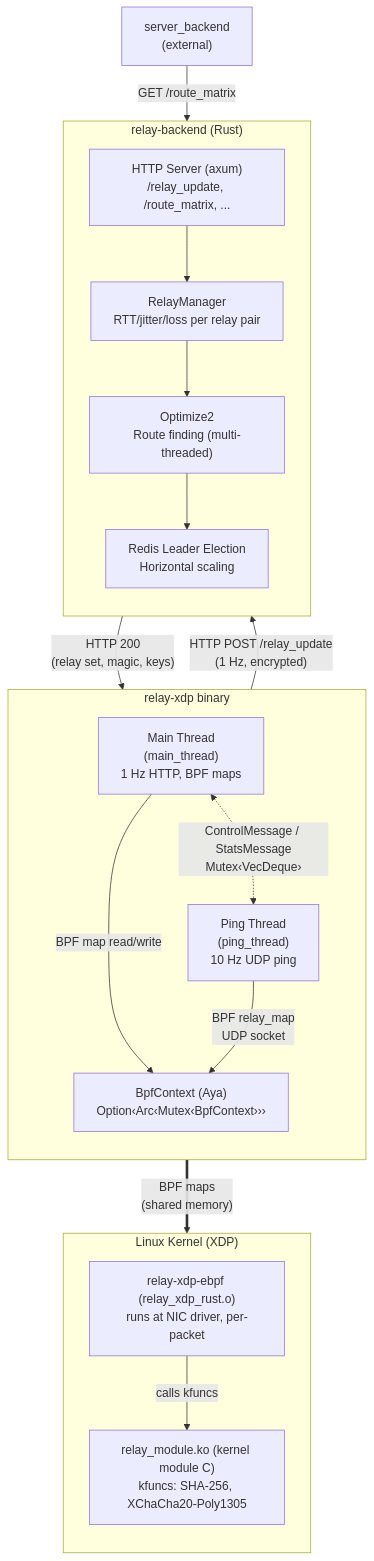
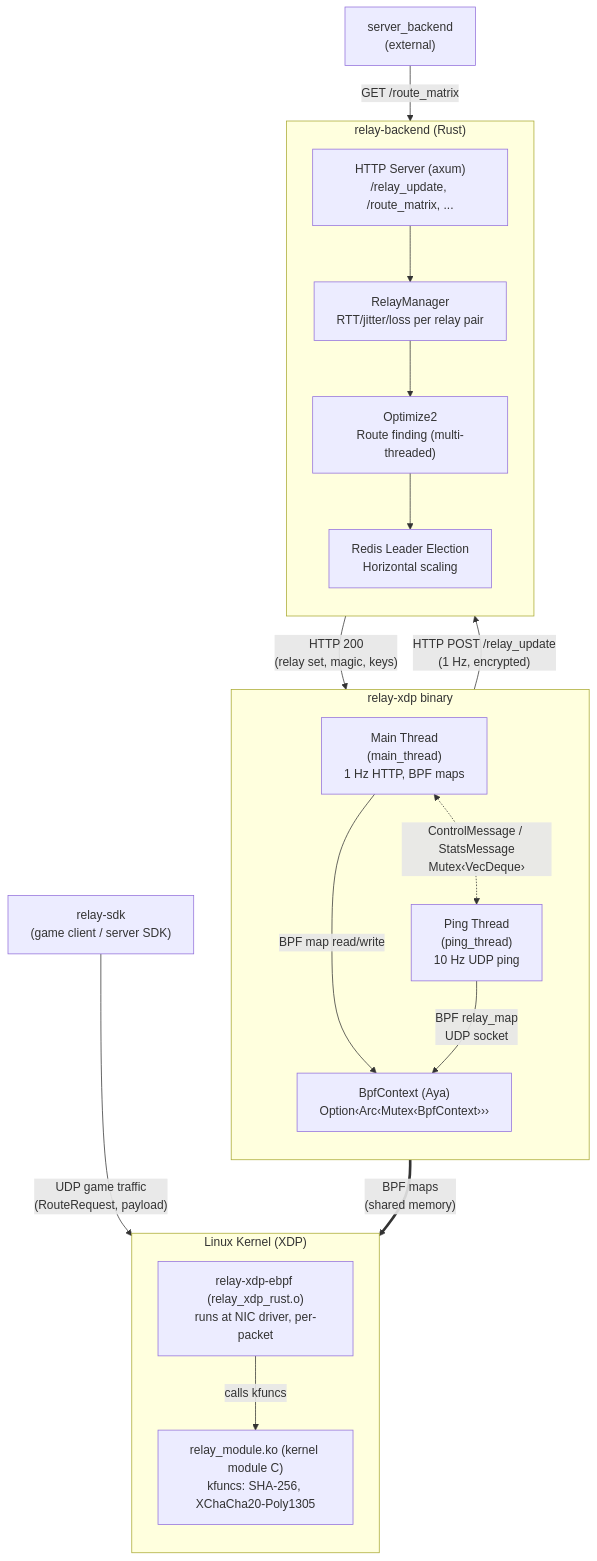
The first of 8 diagrams in docs/architecture.md (brianpht/relay-xdp), drawn with Mermaid before and after one commit. The commit also changed other lines of this file and 2 other files, not shown here.

Commit message:
Update architecture documentation to include relay-sdk details and test coverage

````diff
--- a/docs/architecture.md
+++ b/docs/architecture.md
@@ -134,33 +160,35 @@
 ```mermaid
 flowchart TB
     subgraph US["relay-xdp binary"]
         direction TB
         MT["Main Thread\n(main_thread)\n1 Hz HTTP, BPF maps"]
         PT["Ping Thread\n(ping_thread)\n10 Hz UDP ping"]
         MT <-.->|" ControlMessage / StatsMessage\nMutex‹VecDeque› "| PT
         BC["BpfContext (Aya)\nOption‹Arc‹Mutex‹BpfContext›››"]
         MT -->|" BPF map read/write "| BC
         PT -->|" BPF relay_map\nUDP socket "| BC
     end
     subgraph BE["relay-backend (Rust)"]
         direction TB
         BH["HTTP Server (axum)\n/relay_update, /route_matrix, ..."]
         RM["RelayManager\nRTT/jitter/loss per relay pair"]
         OPT["Optimize2\nRoute finding (multi-threaded)"]
         RD["Redis Leader Election\nHorizontal scaling"]
         BH --> RM
         RM --> OPT
         OPT --> RD
     end
     subgraph KN["Linux Kernel (XDP)"]
         direction TB
         EBPF["relay-xdp-ebpf (relay_xdp_rust.o)\nruns at NIC driver, per-packet"]
         MOD["relay_module.ko (kernel module C)\nkfuncs: SHA-256, XChaCha20-Poly1305"]
         EBPF -->|" calls kfuncs "| MOD
     end
     SB["server_backend\n(external)"]
+    SDK["relay-sdk\n(game client / server SDK)"]
     MT -->|" HTTP POST /relay_update\n(1 Hz, encrypted) "| BH
     BH -->|" HTTP 200\n(relay set, magic, keys) "| MT
     SB -->|" GET /route_matrix "| BH
     BC ==>|" BPF maps\n(shared memory) "| EBPF
+    SDK -->|" UDP game traffic\n(RouteRequest, payload) "| EBPF
 ```
````
